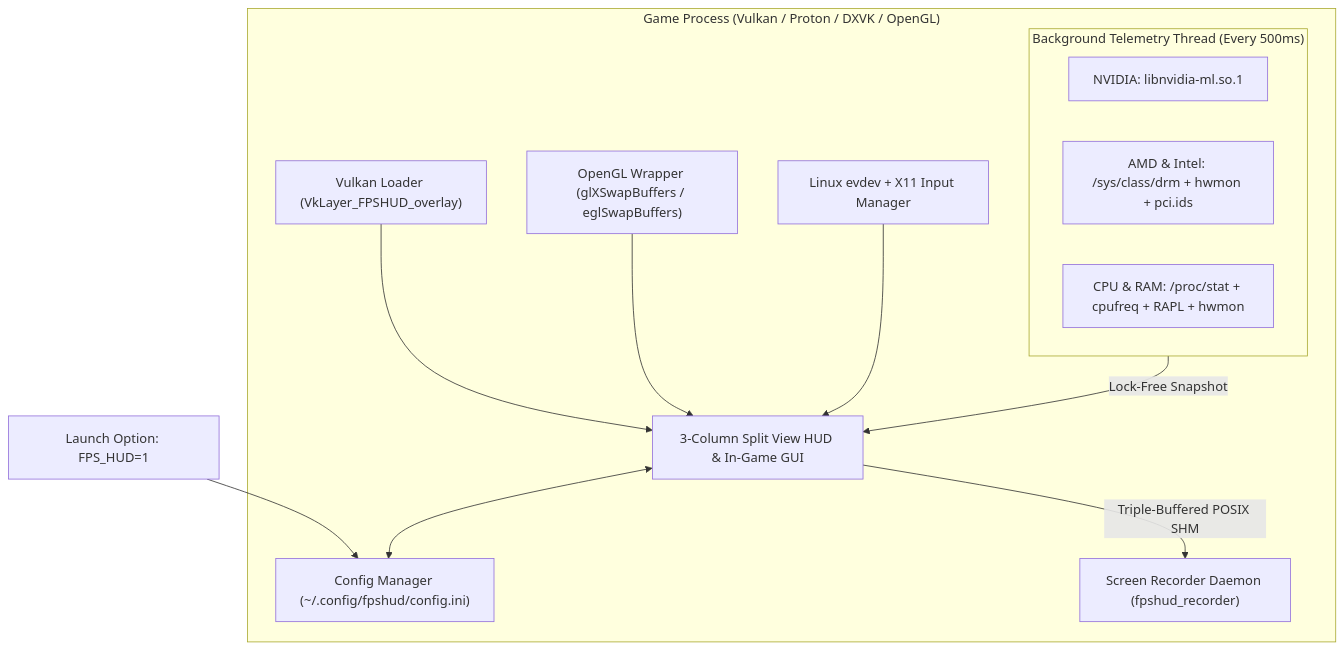
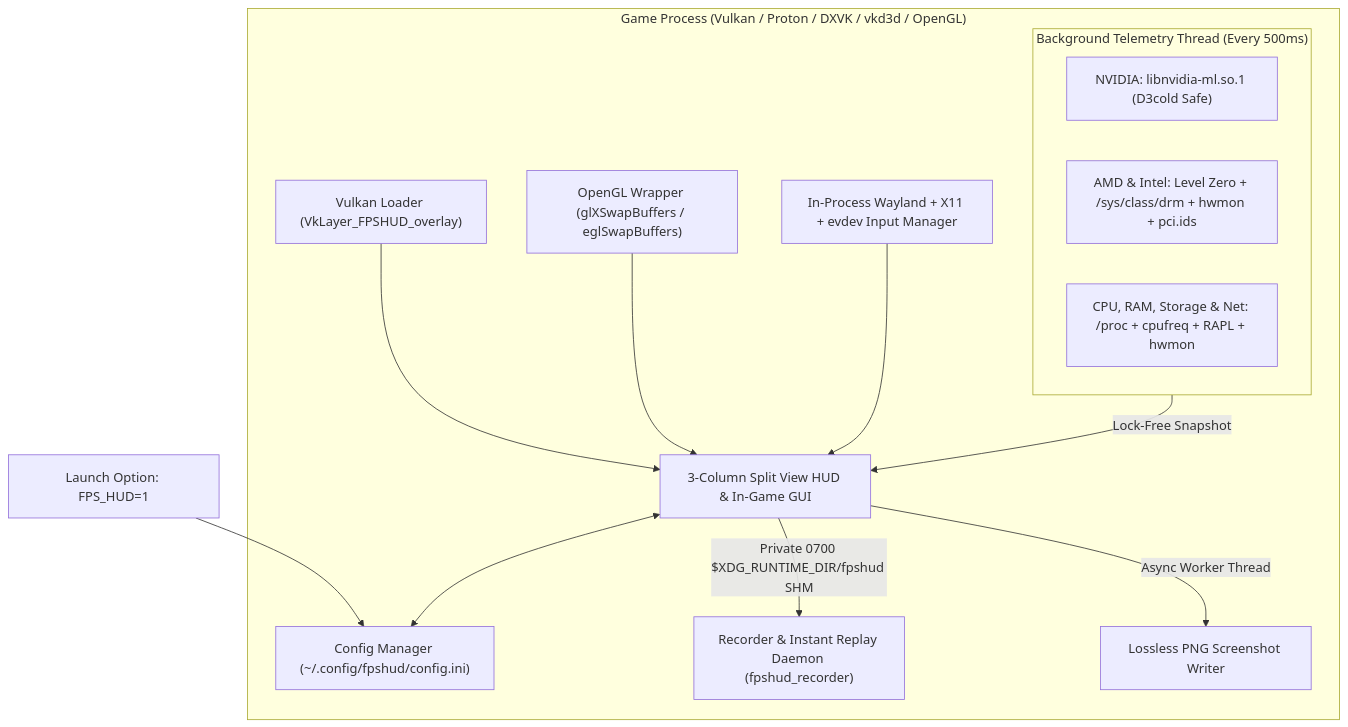
The diagram in README.md (budicuy/FPS_HUD_FOR_LINUX), drawn with Mermaid before and after one commit. The commit also changed other lines of this file and 3 other files, not shown here.

````diff
--- a/README.md
+++ b/README.md
@@ -387,17 +407,18 @@
 ```mermaid
 flowchart TD
     Env["Launch Option: FPS_HUD=1"] --> Init["Config Manager (~/.config/fpshud/config.ini)"]
-    subgraph GameProcess["Game Process (Vulkan / Proton / DXVK / OpenGL)"]
+    subgraph GameProcess["Game Process (Vulkan / Proton / DXVK / vkd3d / OpenGL)"]
         VK["Vulkan Loader (VkLayer_FPSHUD_overlay)"] --> HUD["3-Column Split View HUD & In-Game GUI"]
         GL["OpenGL Wrapper (glXSwapBuffers / eglSwapBuffers)"] --> HUD
-        Input["Linux evdev + X11 Input Manager"] --> HUD
+        Input["In-Process Wayland + X11 + evdev Input Manager"] --> HUD
         HUD <--> Init
         subgraph Worker["Background Telemetry Thread (Every 500ms)"]
-            NV["NVIDIA: libnvidia-ml.so.1"]
-            DRM["AMD & Intel: /sys/class/drm + hwmon + pci.ids"]
-            CPU["CPU & RAM: /proc/stat + cpufreq + RAPL + hwmon"]
+            NV["NVIDIA: libnvidia-ml.so.1 (D3cold Safe)"]
+            DRM["AMD & Intel: Level Zero + /sys/class/drm + hwmon + pci.ids"]
+            CPU["CPU, RAM, Storage & Net: /proc + cpufreq + RAPL + hwmon"]
         end
         Worker -->|Lock-Free Snapshot| HUD
-        HUD -->|Triple-Buffered POSIX SHM| RecDaemon["Screen Recorder Daemon (fpshud_recorder)"]
+        HUD -->|Private 0700 $XDG_RUNTIME_DIR/fpshud SHM| RecDaemon["Recorder & Instant Replay Daemon (fpshud_recorder)"]
+        HUD -->|Async Worker Thread| PNG["Lossless PNG Screenshot Writer"]
     end
 ```
````
